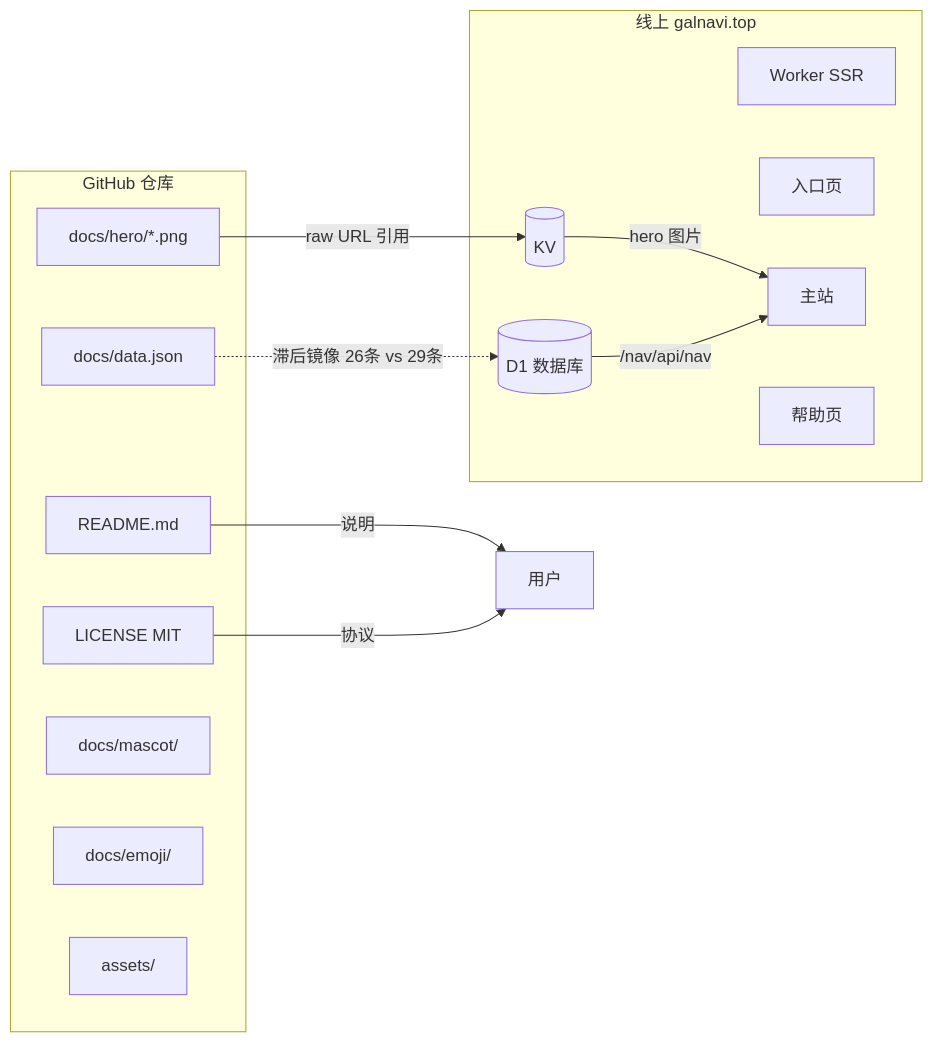
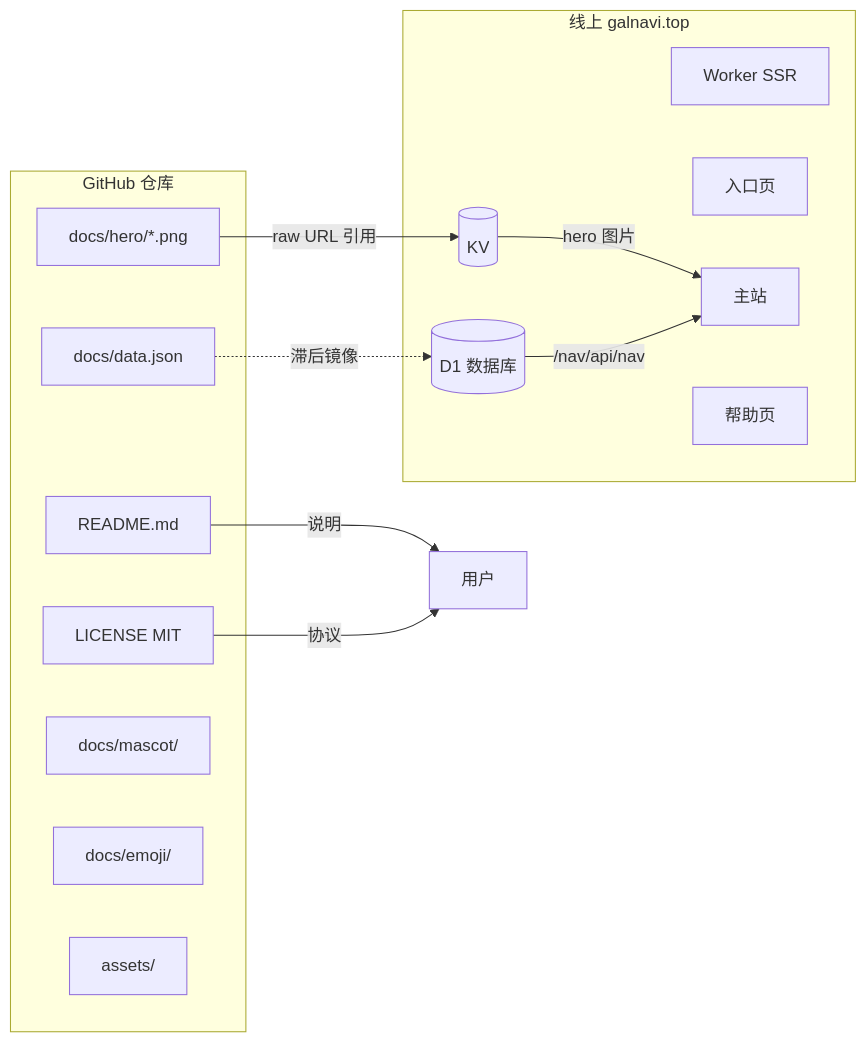
Before and after one commit to argb6/galnavi-obsidian: the diagram in 04-数据与资源/GitHub 仓库的角色.md, drawn with Mermaid. The commit also changed other lines of this file, not shown here.

````diff
--- a/04-数据与资源/GitHub 仓库的角色.md
+++ b/04-数据与资源/GitHub 仓库的角色.md
@@ -61,28 +60,28 @@
 ```mermaid
 graph LR
     subgraph GitHub 仓库
         R[README.md]
         L[LICENSE MIT]
         D[docs/data.json]
         H[docs/hero/*.png]
         M[docs/mascot/]
         E[docs/emoji/]
         A[assets/]
     end
 
     subgraph 线上 galnavi.top
         W[Worker SSR]
         D1[(D1 数据库)]
         KV[(KV)]
         P1[入口页]
         P2[主站]
         P3[帮助页]
     end
 
-    D -.->|滞后镜像 26条 vs 29条| D1
+    D -.->|滞后镜像| D1
     H -->|raw URL 引用| KV
     KV -->|hero 图片| P2
     D1 -->|/nav/api/nav| P2
     R -->|说明| 用户
     L -->|协议| 用户
 ```
````
